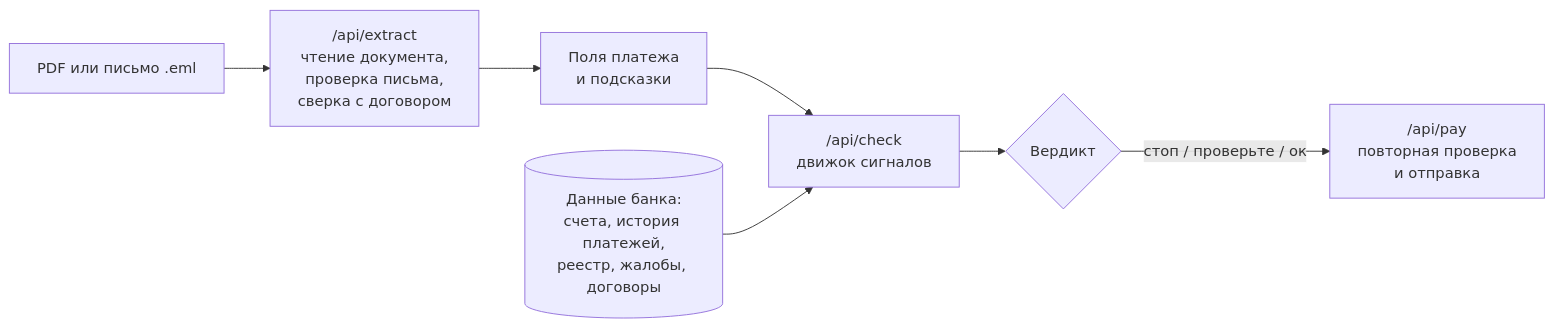
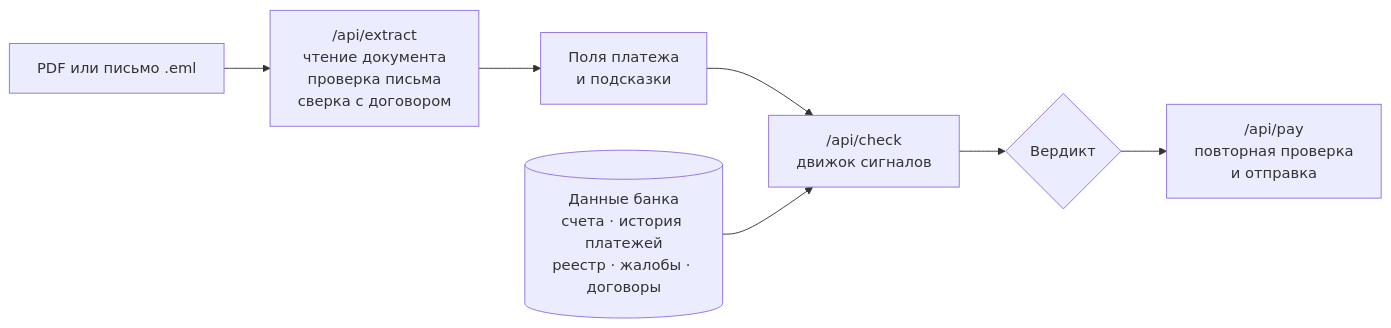
One commit to Dadrout/BCCxDerek changed the diagram in README.md. Above: the diagram before and after it, drawn with Mermaid. The commit also changed other lines of this file and 5 other files, not shown here.

````diff
--- a/README.md
+++ b/README.md
@@ -97,9 +143,9 @@
 ```mermaid
 flowchart LR
-  A[PDF или письмо .eml] --> B["/api/extract<br/>чтение документа,<br/>проверка письма,<br/>сверка с договором"]
+  A[PDF или письмо .eml] --> B["/api/extract<br/>чтение документа<br/>проверка письма<br/>сверка с договором"]
   B --> C[Поля платежа<br/>и подсказки]
   C --> D["/api/check<br/>движок сигналов"]
-  E[(Данные банка:<br/>счета, история платежей,<br/>реестр, жалобы, договоры)] --> D
+  E[(Данные банка<br/>счета · история платежей<br/>реестр · жалобы · договоры)] --> D
   D --> F{Вердикт}
-  F -->|стоп / проверьте / ок| G["/api/pay<br/>повторная проверка<br/>и отправка"]
+  F --> G["/api/pay<br/>повторная проверка<br/>и отправка"]
 ```
````
